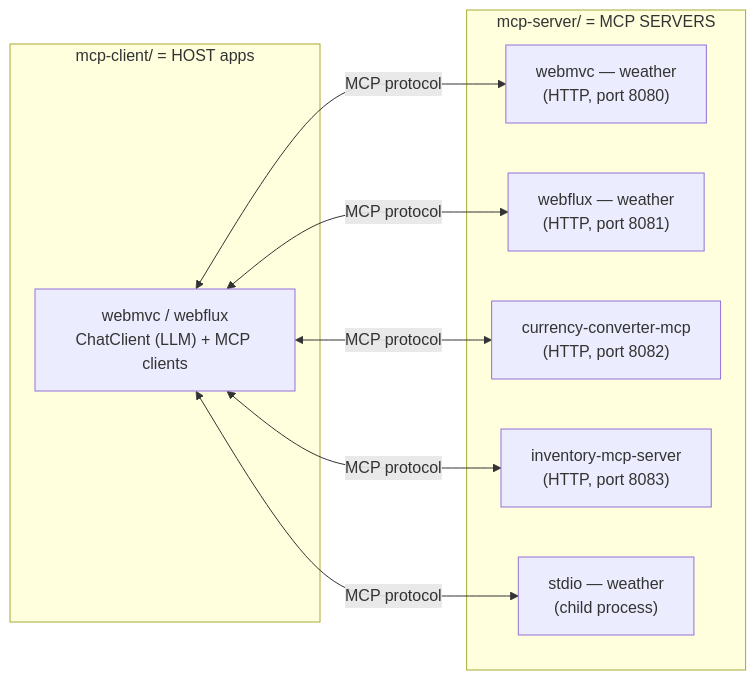
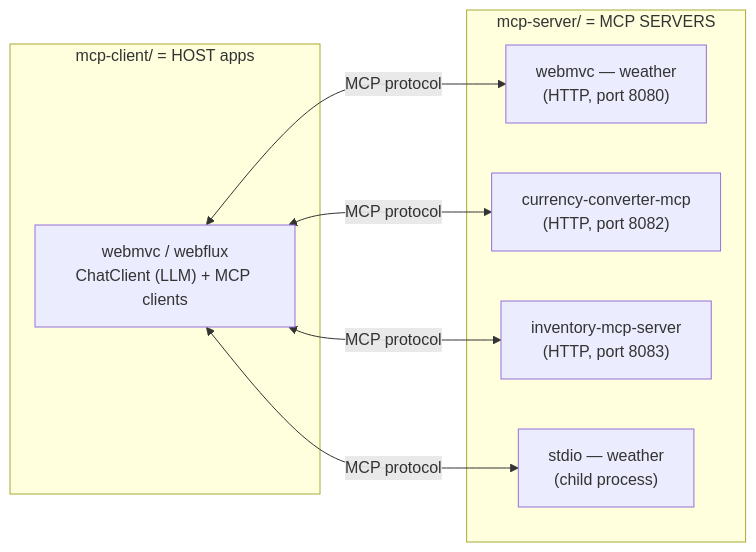
The fourth of 4 diagrams in mcp/README.md (dilipsundarraj1/spring-ai), drawn with Mermaid before and after one commit. The commit also changed other lines of this file and 3 other files, not shown here.

````diff
--- a/mcp/README.md
+++ b/mcp/README.md
@@ -350,20 +394,18 @@
 ```mermaid
 flowchart LR
     subgraph Clients["mcp-client/  =  HOST apps"]
         Host["webmvc / webflux<br/>ChatClient (LLM) + MCP clients"]
     end
 
     subgraph Servers["mcp-server/  =  MCP SERVERS"]
         W1["webmvc — weather<br/>(HTTP, port 8080)"]
-        W2["webflux — weather<br/>(HTTP, port 8081)"]
         CC["currency-converter-mcp<br/>(HTTP, port 8082)"]
         INV["inventory-mcp-server<br/>(HTTP, port 8083)"]
         STDIO["stdio — weather<br/>(child process)"]
     end
 
     Host <-- MCP protocol --> W1
-    Host <-- MCP protocol --> W2
     Host <-- MCP protocol --> CC
     Host <-- MCP protocol --> INV
     Host <-- MCP protocol --> STDIO
 ```
````
